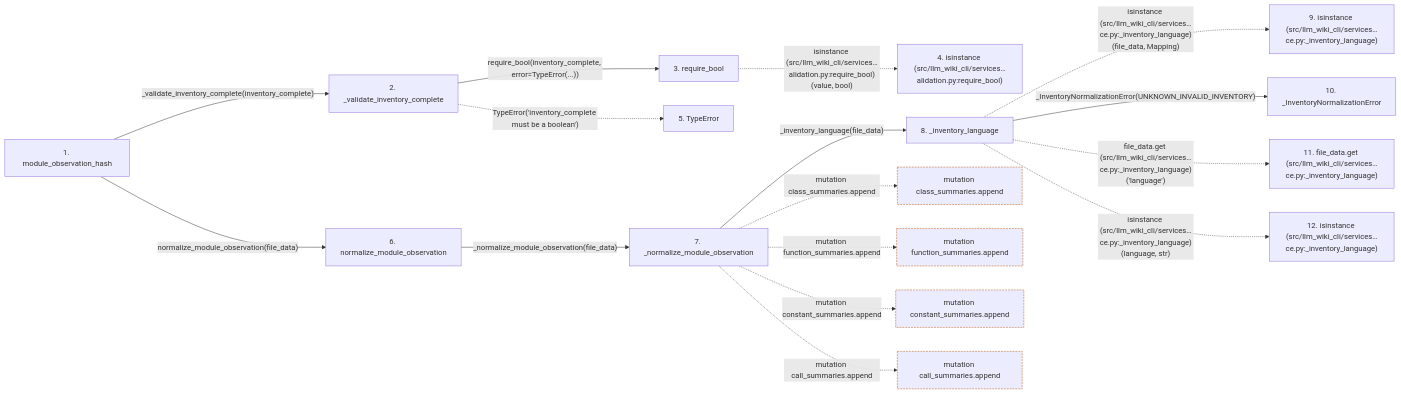
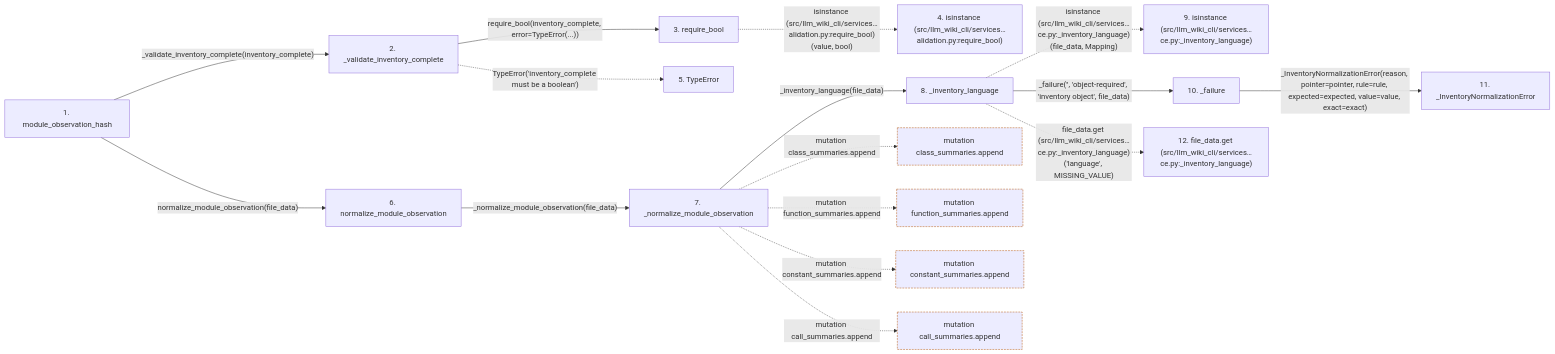
Before and after one commit to Denissvgn/python-wiki-llm: the second of 2 diagrams in docs/llm_wiki/flows/api-module_observation_hash.md, drawn with Mermaid. The commit also changed other lines of this file and 775 other files, not shown here.

````diff
--- a/docs/llm_wiki/flows/api-module_observation_hash.md
+++ b/docs/llm_wiki/flows/api-module_observation_hash.md
@@ -101,46 +101,47 @@
 ```mermaid
 flowchart LR
     s1["1. module_observation_hash"]
     s2["2. _validate_inventory_complete"]
     s3["3. require_bool"]
     s4["4. isinstance (src/llm_wiki_cli/services…alidation.py:require_bool)"]
     s5["5. TypeError"]
     s6["6. normalize_module_observation"]
     s7["7. _normalize_module_observation"]
     s8["8. _inventory_language"]
     s9["9. isinstance (src/llm_wiki_cli/services…ce.py:_inventory_language)"]
-    s10["10. _InventoryNormalizationError"]
-    s11["11. file_data.get (src/llm_wiki_cli/services…ce.py:_inventory_language)"]
-    s12["12. isinstance (src/llm_wiki_cli/services…ce.py:_inventory_language)"]
+    s10["10. _failure"]
+    s11["11. _InventoryNormalizationError"]
+    s12["12. file_data.get (src/llm_wiki_cli/services…ce.py:_inventory_language)"]
     s1 -->|"_validate_inventory_complete(inventory_complete)"| s2
     s2 -->|"require_bool(inventory_complete, error=TypeError(...))"| s3
     s3 -. "isinstance (src/llm_wiki_cli/services…alidation.py:require_bool)(value, bool)" .-> s4
     s2 -. "TypeError('inventory_complete must be a boolean')" .-> s5
     s1 -->|"normalize_module_observation(file_data)"| s6
     s6 -->|"_normalize_module_observation(file_data)"| s7
     s7 -->|"_inventory_language(file_data)"| s8
     s8 -. "isinstance (src/llm_wiki_cli/services…ce.py:_inventory_language)(file_data, Mapping)" .-> s9
-    s8 -->|"_InventoryNormalizationError(UNKNOWN_INVALID_INVENTORY)"| s10
-    s8 -. "file_data.get (src/llm_wiki_cli/services…ce.py:_inventory_language)('language')" .-> s11
-    s8 -. "isinstance (src/llm_wiki_cli/services…ce.py:_inventory_language)(language, str)" .-> s12
+    s8 -->|"_failure('', 'object-required', 'inventory object', file_data)"| s10
+    s10 -->|"_InventoryNormalizationError(reason, pointer=pointer, rule=rule, expected=expected, value=value, exact=exact)"| s11
+    s8 -. "file_data.get (src/llm_wiki_cli/services…ce.py:_inventory_language)('language', MISSING_VALUE)" .-> s12
     b0["mutation class_summaries.append"]
     s7 -. "mutation class_summaries.append" .-> b0
     b1["mutation function_summaries.append"]
     s7 -. "mutation function_summaries.append" .-> b1
     b2["mutation constant_summaries.append"]
     s7 -. "mutation constant_summaries.append" .-> b2
     b3["mutation call_summaries.append"]
     s7 -. "mutation call_summaries.append" .-> b3
     click s1 "../modules/knowledge_evidence.md"
     click s2 "../modules/knowledge_evidence.md"
     click s3 "../modules/validation.md"
     click s6 "../modules/knowledge_evidence.md"
     click s7 "../modules/knowledge_evidence.md"
     click s8 "../modules/knowledge_evidence.md"
     click s10 "../modules/knowledge_evidence.md"
+    click s11 "../modules/knowledge_evidence.md"
     classDef boundary stroke:#b45309,stroke-dasharray: 4 2
     class b0 boundary
     class b1 boundary
     class b2 boundary
     class b3 boundary
 ```
````
